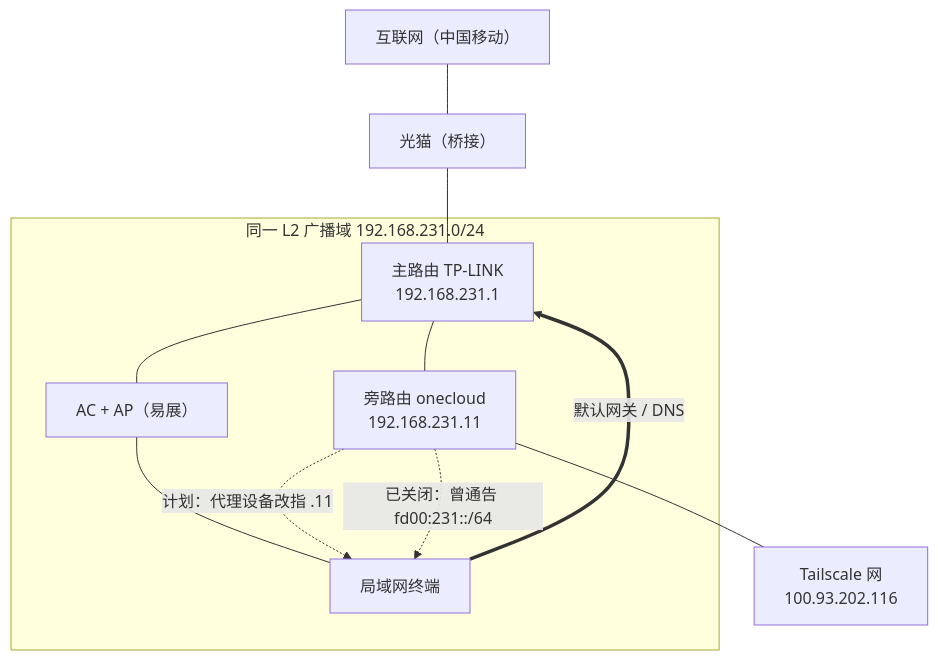
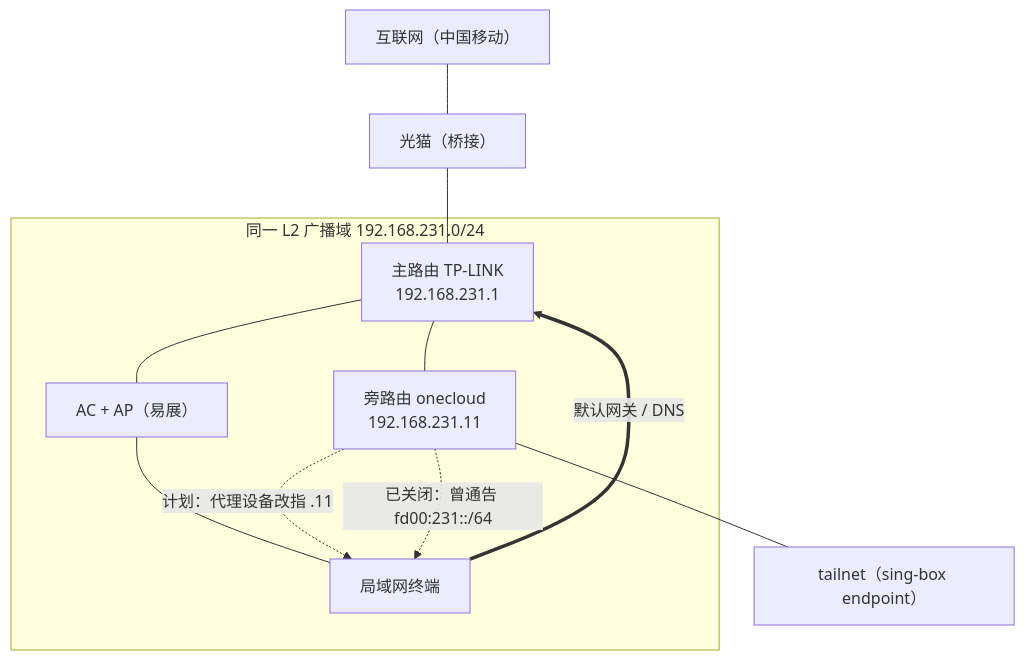
One commit to fbigun/home-231 changed the diagram in AGENTS.md. Above: the diagram before and after it, drawn with Mermaid. The commit also changed other lines of this file, not shown here.

Commit message:
docs: tailscaled 迁移至 sing-box endpoint，软件裁剪为 dnsmasq+sing-box 核心

````diff
--- a/AGENTS.md
+++ b/AGENTS.md
@@ -5,22 +5,22 @@
 ```mermaid
 flowchart TB
     WAN["互联网（中国移动）"]
     ONT["光猫（桥接）"]
 
     subgraph L2["同一 L2 广播域 192.168.231.0/24"]
         MAIN["主路由 TP-LINK<br/>192.168.231.1"]
         AP["AC + AP（易展）"]
         ONE["旁路由 onecloud<br/>192.168.231.11"]
         DEV["局域网终端"]
     end
 
-    TS["Tailscale 网<br/>100.93.202.116"]
+    TS["tailnet（sing-box endpoint）"]
 
     WAN --- ONT --- MAIN
     MAIN --- AP --- DEV
     MAIN --- ONE
     DEV ==>|"默认网关 / DNS"| MAIN
     ONE --- TS
     ONE -.->|"计划：代理设备改指 .11"| DEV
     ONE -.->|"已关闭：曾通告 fd00:231::/64"| DEV
 ```
````
